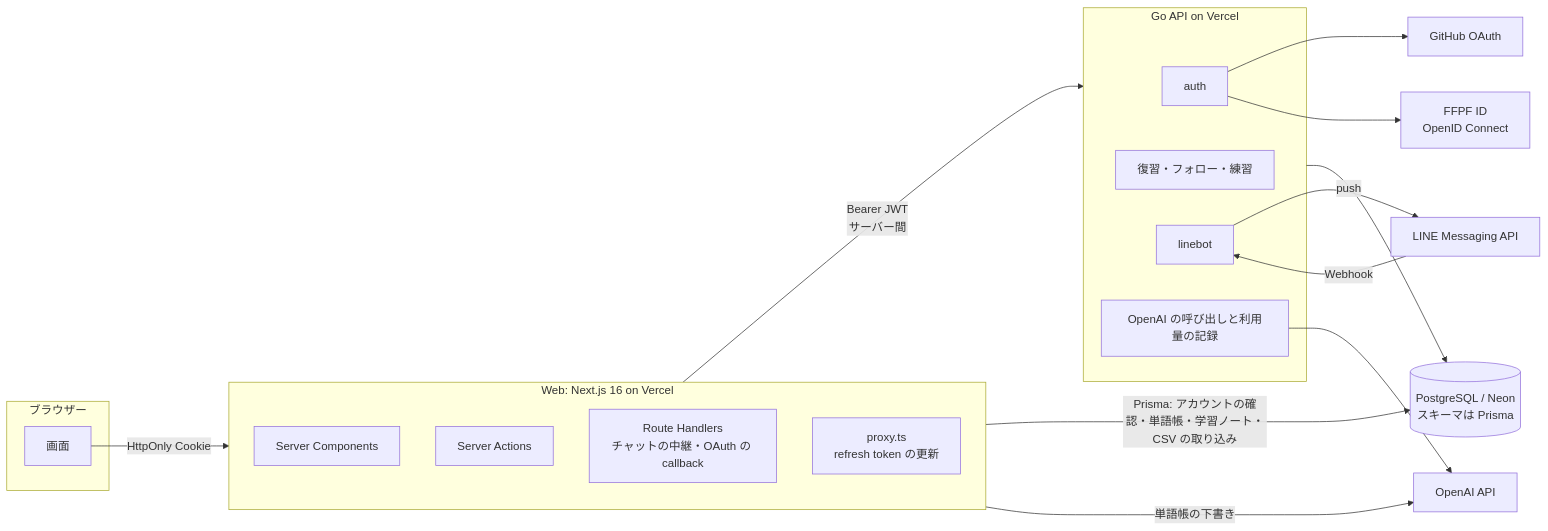
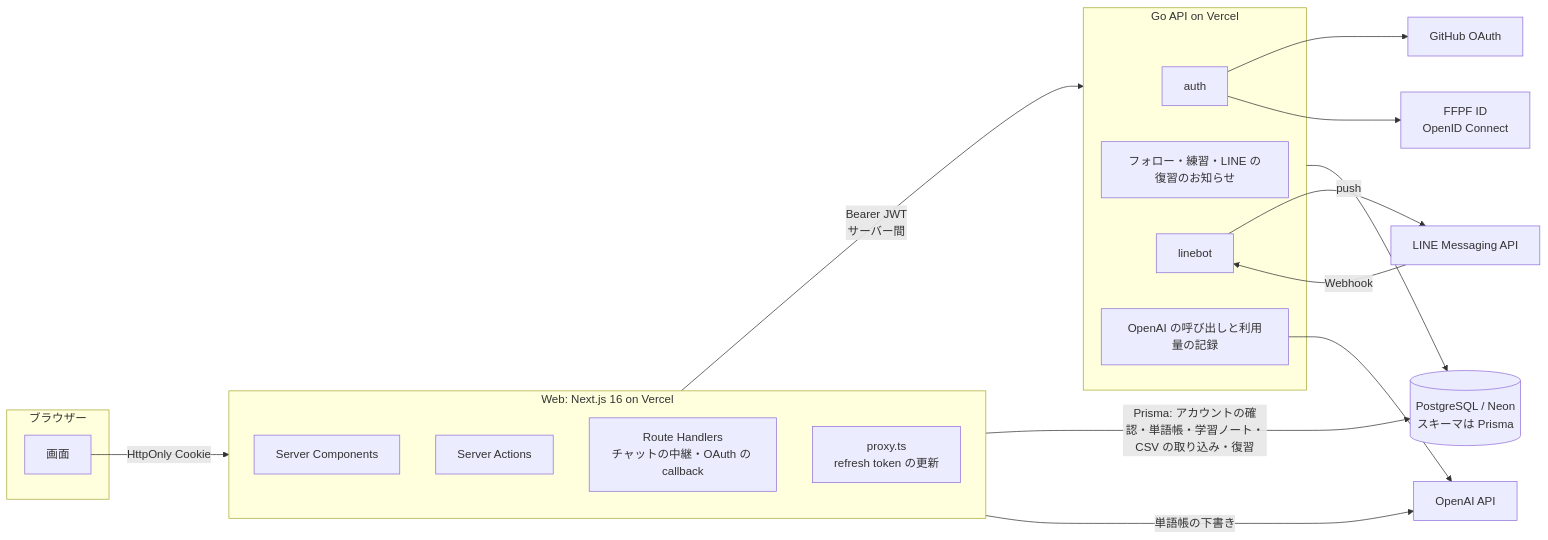
One commit to Sparklingstadt/ffpf-zhuelog changed the first of 2 diagrams in docs/architecture.md. Above: the diagram before and after it, drawn with Mermaid. The commit also changed other lines of this file and 74 other files, not shown here.

````diff
--- a/docs/architecture.md
+++ b/docs/architecture.md
@@ -7,34 +7,34 @@
 ```mermaid
 flowchart LR
   subgraph Browser[ブラウザー]
     UI[画面]
   end
   subgraph Web[Web: Next.js 16 on Vercel]
     RSC[Server Components]
     SA[Server Actions]
     RH[Route Handlers<br/>チャットの中継・OAuth の callback]
     PX[proxy.ts<br/>refresh token の更新]
   end
   subgraph API[Go API on Vercel]
     AUTH[auth]
-    DATA[復習・フォロー・練習]
+    DATA[フォロー・練習・LINE の復習のお知らせ]
     LINEBOT[linebot]
     AI[OpenAI の呼び出しと利用量の記録]
   end
   DB[(PostgreSQL / Neon<br/>スキーマは Prisma)]
   OpenAI[OpenAI API]
   LINE[LINE Messaging API]
   GH[GitHub OAuth]
   FFPF[FFPF ID<br/>OpenID Connect]
 
   UI -->|HttpOnly Cookie| Web
   Web -->|Bearer JWT<br/>サーバー間| API
   API --> DB
-  Web -->|Prisma: アカウントの確認・単語帳・学習ノート・CSV の取り込み| DB
+  Web -->|Prisma: アカウントの確認・単語帳・学習ノート・CSV の取り込み・復習| DB
   Web -->|単語帳の下書き| OpenAI
   AI --> OpenAI
   LINE -->|Webhook| LINEBOT
   LINEBOT -->|push| LINE
   AUTH --> GH
   AUTH --> FFPF
 ```
````
